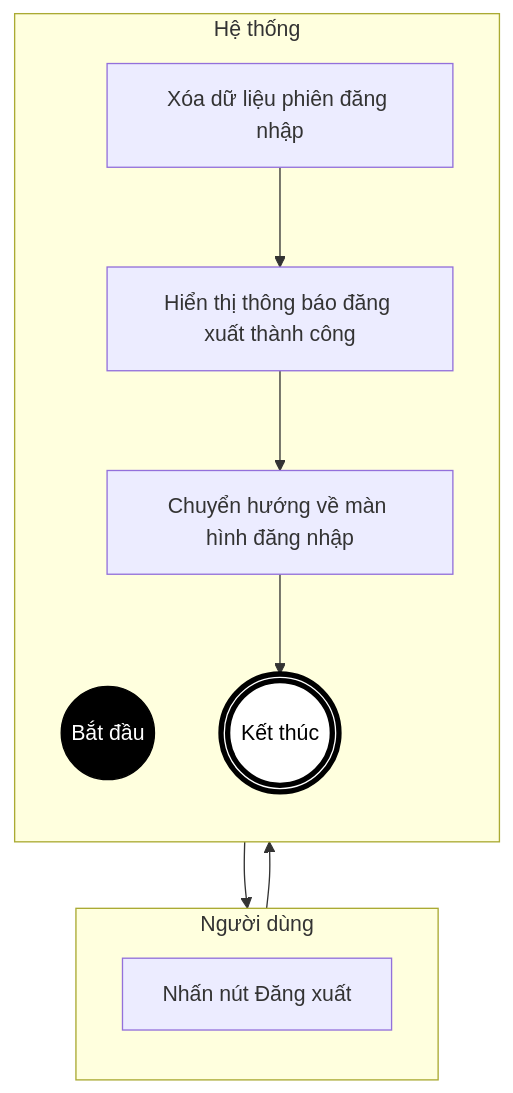
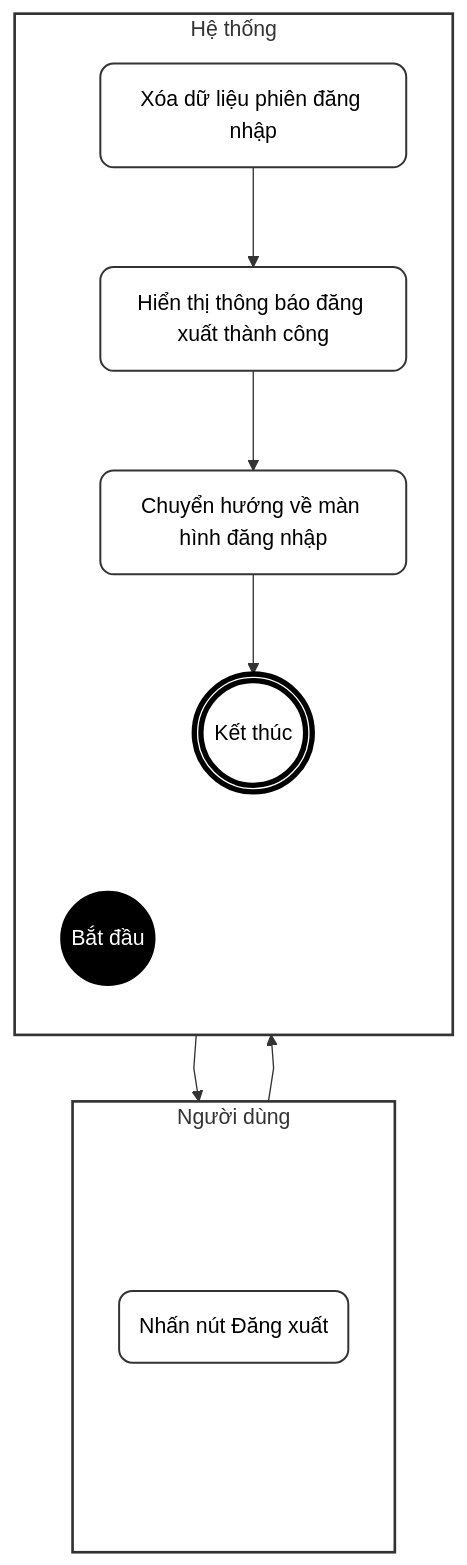
The fourth of 9 diagrams in doc/system_analysis/activity diagram/08a_activity_auth_profile.md (ChuDucAnh21/BE-quan-ly-su-kien), drawn with Mermaid before and after one commit. The commit also changed other lines of this file and 26 other files, not shown here.

````diff
--- a/doc/system_analysis/activity diagram/08a_activity_auth_profile.md
+++ b/doc/system_analysis/activity diagram/08a_activity_auth_profile.md
@@ -154,25 +212,44 @@
 ```mermaid
+%%{init: {"flowchart": {"curve": "linear"}}}%%
 flowchart TD
+    classDef default fill:#fff,stroke:#333,stroke-width:1.5px,color:#000,rx:10px,ry:10px;
     classDef startNode fill:#000,stroke:#000,color:#fff;
     classDef endNode fill:#fff,stroke:#000,stroke-width:4px,color:#000;
+    classDef hidden fill:none,stroke:none,color:none;
 
     subgraph TacNhan [Người dùng]
         direction TB
-        A[Nhấn nút Đăng xuất]
+        T_start(" "):::hidden
+        A(Nhấn nút Đăng xuất)
+        T_end(" "):::hidden
     end
 
     subgraph HeThong [Hệ thống]
         direction TB
+        H_start(" "):::hidden
         Start((Bắt đầu)):::startNode
-        B[Xóa dữ liệu phiên đăng nhập]
-        C[Hiển thị thông báo đăng xuất thành công]
-        D[Chuyển hướng về màn hình đăng nhập]
+        B(Xóa dữ liệu phiên đăng nhập)
+        C(Hiển thị thông báo đăng xuất thành công)
+        D(Chuyển hướng về màn hình đăng nhập)
         End(((Kết thúc))):::endNode
+        H_end(" "):::hidden
     end
+
+    T_start ~~~ H_start
+    T_end ~~~ H_end
+
+    T_start ~~~ A
+    A ~~~ T_end
+
+    H_start ~~~ Start
+    End ~~~ H_end
 
     Start --> A
     A --> B
     B --> C
     C --> D
     D --> End
+
+    style TacNhan fill:#fff,stroke:#333,stroke-width:2px
+    style HeThong fill:#fff,stroke:#333,stroke-width:2px
 ```
````
